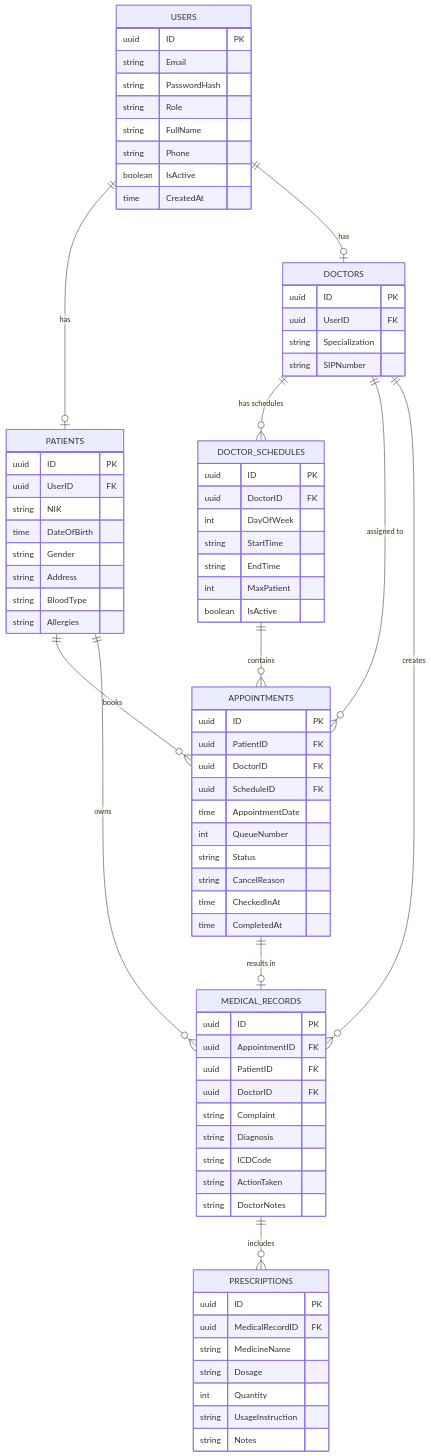
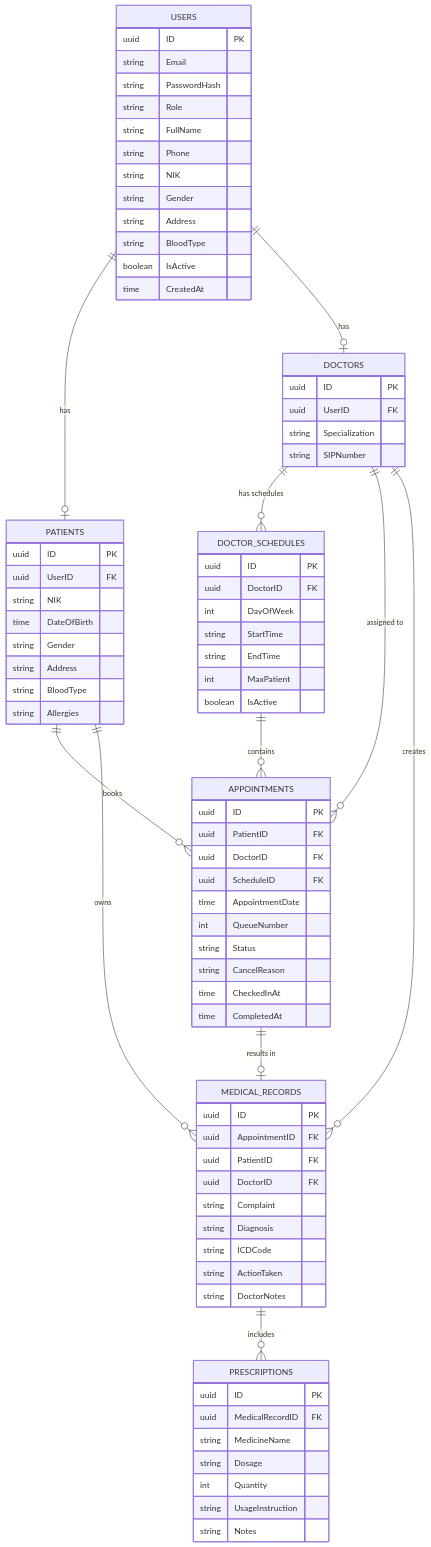
One commit to kuahbanyak/LearnGO changed the first of 3 diagrams in diagrams.md. Above: the diagram before and after it, drawn with Mermaid. The commit also changed other lines of this file and 20 other files, not shown here.

```diff
--- a/diagrams.md
+++ b/diagrams.md
@@ -26,6 +26,10 @@
         string Role
         string FullName
         string Phone
+        string NIK
+        string Gender
+        string Address
+        string BloodType
         boolean IsActive
         time CreatedAt
     }
```
